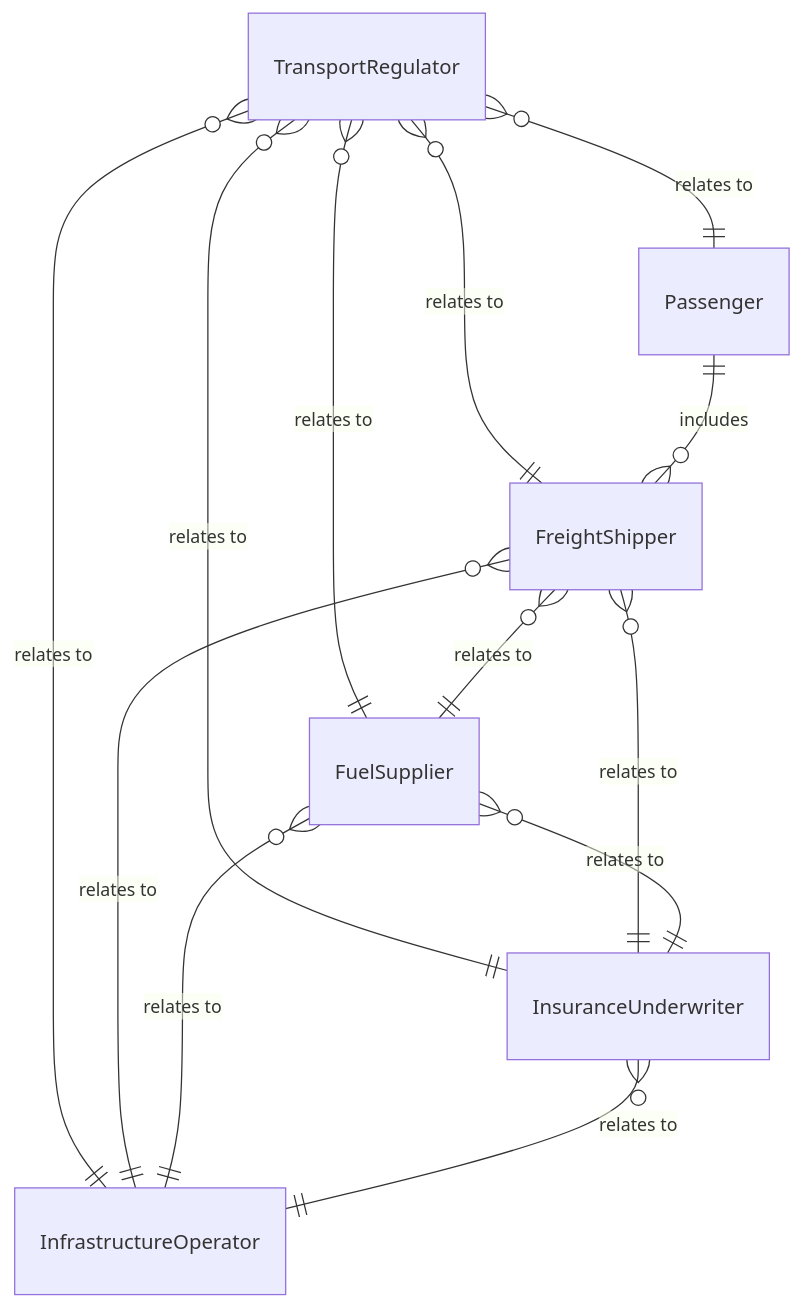
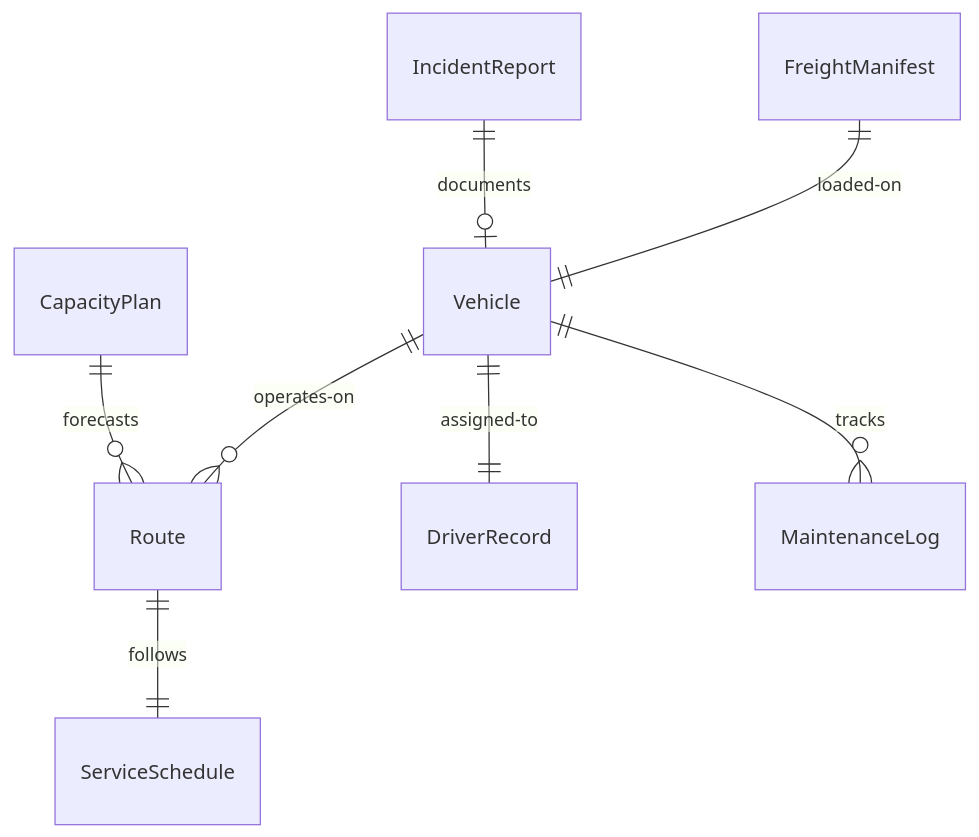
One commit to dot-org-ai/tasks.org.ai changed the first of 4 diagrams in GuidingDirectingAndMotivatingSubordinates/DirectOrganizationalOperationsActivitiesOrProcedures/DirectPassengerFreightTransportActivities.mdx. Above: the diagram before and after it, drawn with Mermaid. The commit also changed other lines of this file and 515 other files, not shown here.

````diff
--- a/GuidingDirectingAndMotivatingSubordinates/DirectOrganizationalOperationsActivitiesOrProcedures/DirectPassengerFreightTransportActivities.mdx
+++ b/GuidingDirectingAndMotivatingSubordinates/DirectOrganizationalOperationsActivitiesOrProcedures/DirectPassengerFreightTransportActivities.mdx
@@ -93,15 +93,10 @@
 ```mermaid
 erDiagram
-    TransportRegulator }o--|| Passenger : "relates to"
-    TransportRegulator }o--|| FreightShipper : "relates to"
-    TransportRegulator }o--|| FuelSupplier : "relates to"
-    TransportRegulator }o--|| InsuranceUnderwriter : "relates to"
-    TransportRegulator }o--|| InfrastructureOperator : "relates to"
-    Passenger ||--o{ FreightShipper : includes
-    FreightShipper }o--|| FuelSupplier : "relates to"
-    FreightShipper }o--|| InsuranceUnderwriter : "relates to"
-    FreightShipper }o--|| InfrastructureOperator : "relates to"
-    FuelSupplier }o--|| InsuranceUnderwriter : "relates to"
-    FuelSupplier }o--|| InfrastructureOperator : "relates to"
-    InsuranceUnderwriter }o--|| InfrastructureOperator : "relates to"
+    Vehicle ||--o{ Route : "operates-on"
+    Route ||--|| ServiceSchedule : "follows"
+    Vehicle ||--|| DriverRecord : "assigned-to"
+    Vehicle ||--o{ MaintenanceLog : "tracks"
+    FreightManifest ||--|| Vehicle : "loaded-on"
+    CapacityPlan ||--o{ Route : "forecasts"
+    IncidentReport ||--o| Vehicle : "documents"
 ```
````
